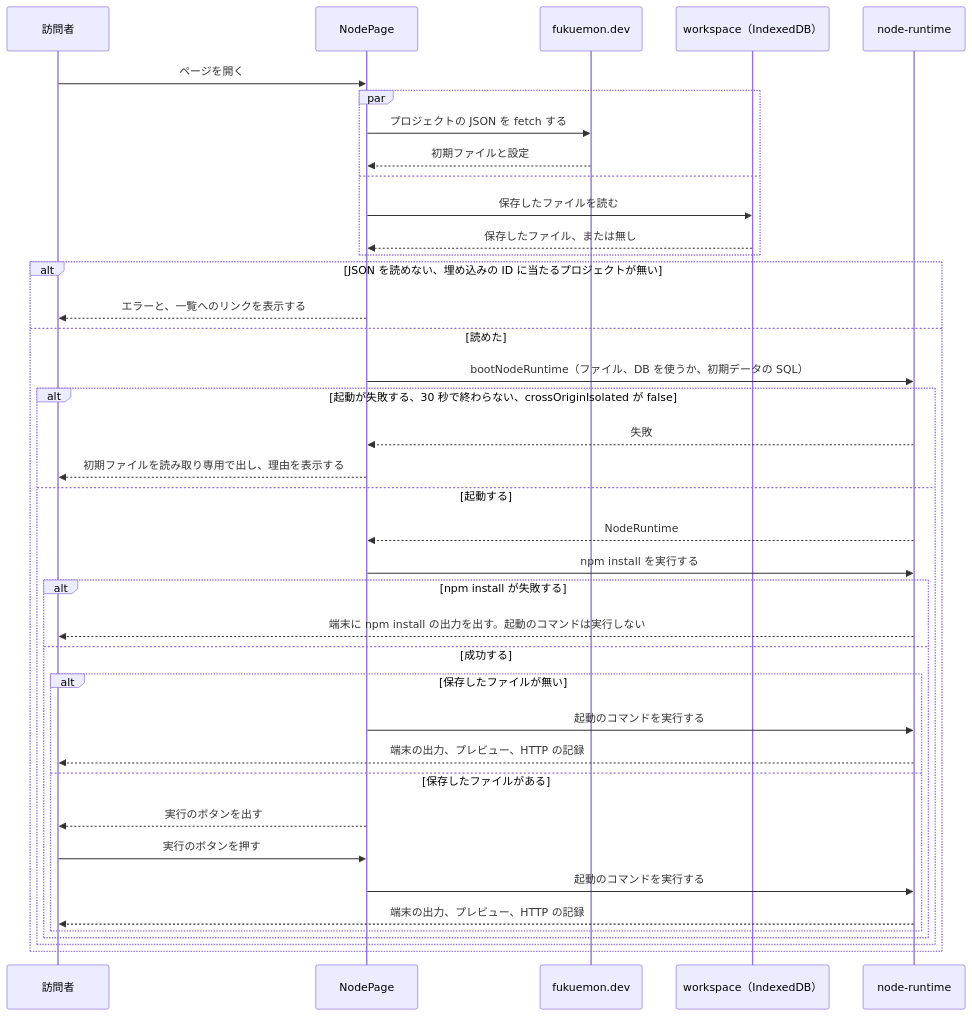
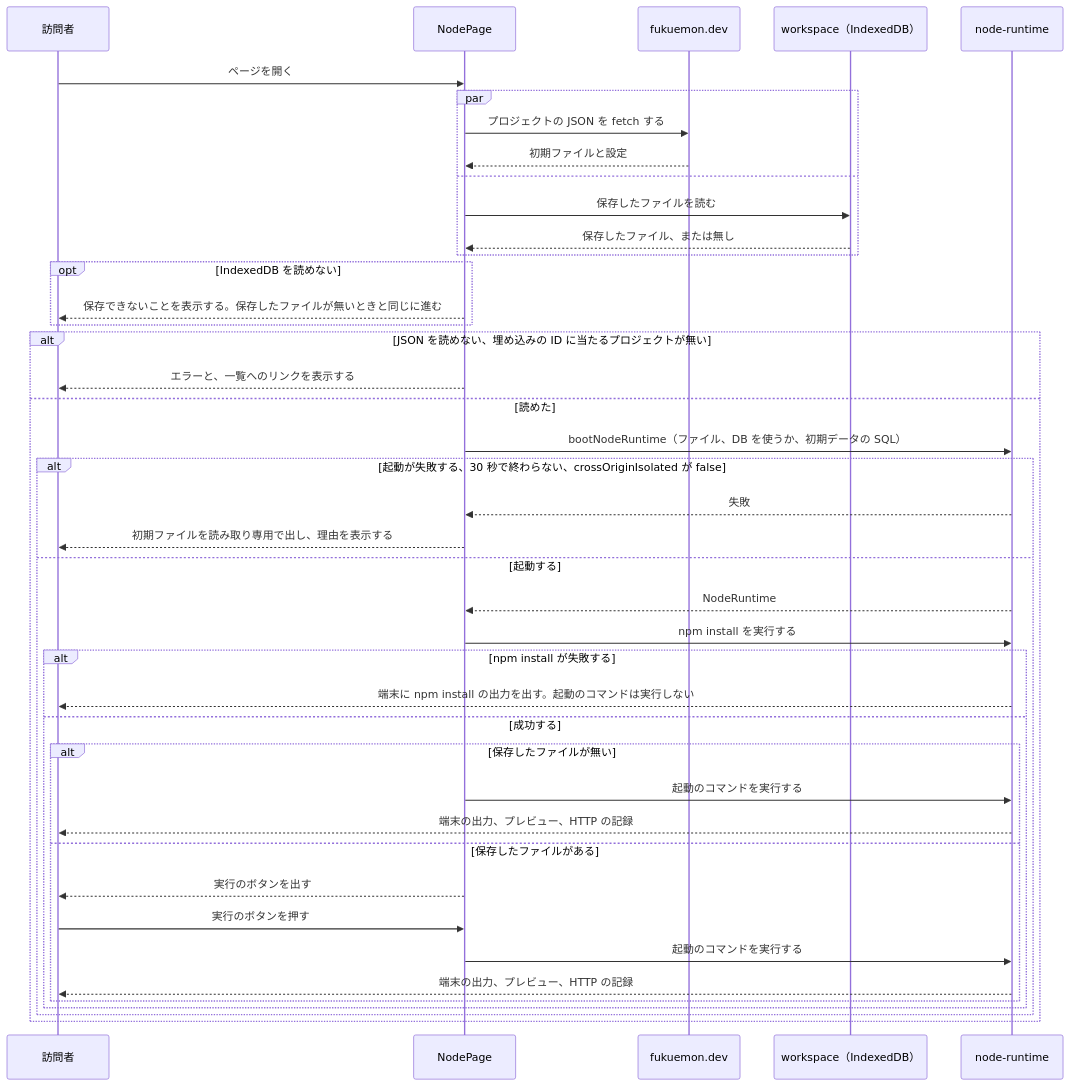
Before and after one commit to Fukuemon/fukuemon.dev: the third of 3 diagrams in design/features/playground/DesignDoc.md, drawn with Mermaid. The commit also changed other lines of this file and 2 other files, not shown here.

Commit message:
docs(adr): IndexedDB を読めないときと DB が止まったときの動きを書く #93

````diff
--- a/design/features/playground/DesignDoc.md
+++ b/design/features/playground/DesignDoc.md
@@ -380,42 +381,45 @@
 ```mermaid
 sequenceDiagram
   participant V as 訪問者
   participant P as NodePage
   participant W as fukuemon.dev
   participant S as workspace（IndexedDB）
   participant R as node-runtime
 
   V->>P: ページを開く
   par
     P->>W: プロジェクトの JSON を fetch する
     W-->>P: 初期ファイルと設定
   and
     P->>S: 保存したファイルを読む
     S-->>P: 保存したファイル、または無し
+  end
+  opt IndexedDB を読めない
+    P-->>V: 保存できないことを表示する。保存したファイルが無いときと同じに進む
   end
   alt JSON を読めない、埋め込みの ID に当たるプロジェクトが無い
     P-->>V: エラーと、一覧へのリンクを表示する
   else 読めた
     P->>R: bootNodeRuntime（ファイル、DB を使うか、初期データの SQL）
     alt 起動が失敗する、30 秒で終わらない、crossOriginIsolated が false
       R-->>P: 失敗
       P-->>V: 初期ファイルを読み取り専用で出し、理由を表示する
     else 起動する
       R-->>P: NodeRuntime
       P->>R: npm install を実行する
       alt npm install が失敗する
         R-->>V: 端末に npm install の出力を出す。起動のコマンドは実行しない
       else 成功する
         alt 保存したファイルが無い
           P->>R: 起動のコマンドを実行する
           R-->>V: 端末の出力、プレビュー、HTTP の記録
         else 保存したファイルがある
           P-->>V: 実行のボタンを出す
           V->>P: 実行のボタンを押す
           P->>R: 起動のコマンドを実行する
           R-->>V: 端末の出力、プレビュー、HTTP の記録
         end
       end
     end
   end
 ```
````
